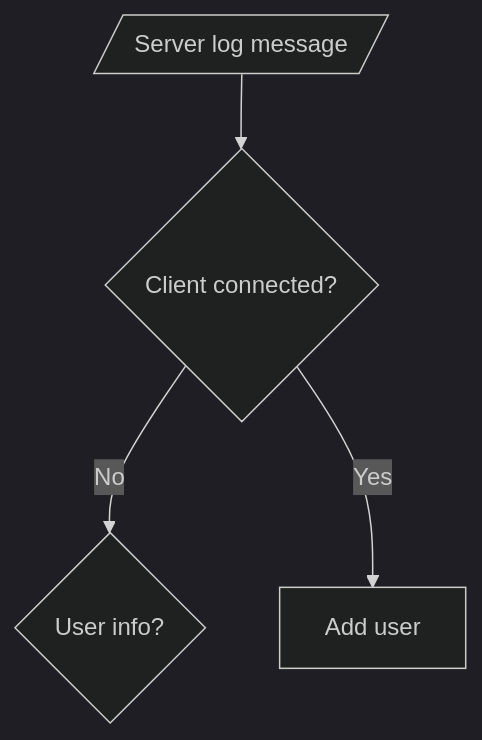
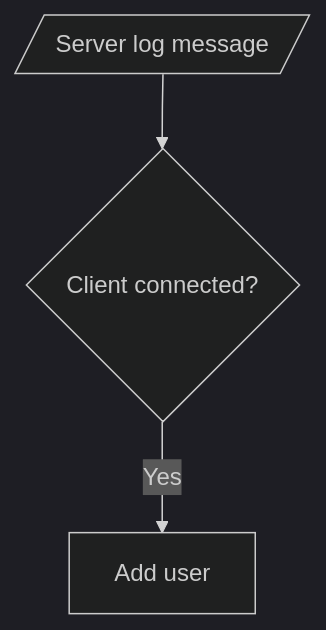
One commit to carlosjhr64/l4d2-observer changed the diagram in README.md. Above: the diagram before and after it, drawn with Mermaid (dark theme).

Commit message:
mermaid - yes/no - process

````diff
--- a/README.md
+++ b/README.md
@@ -32,6 +32,6 @@
 ```mermaid
-flowchart TD;
-  A[/Server log message/]-->B{Client connected?};
-  B-->|No| C{User info?};
-  B-->|Yes| Bp[Add user];
+flowchart TD
+  A[/Server log message/]-->B{Client connected?}
+  direction LR B-->|No| C{User info?}
+  B-->|Yes| Bp[Add user]
 ```
````
